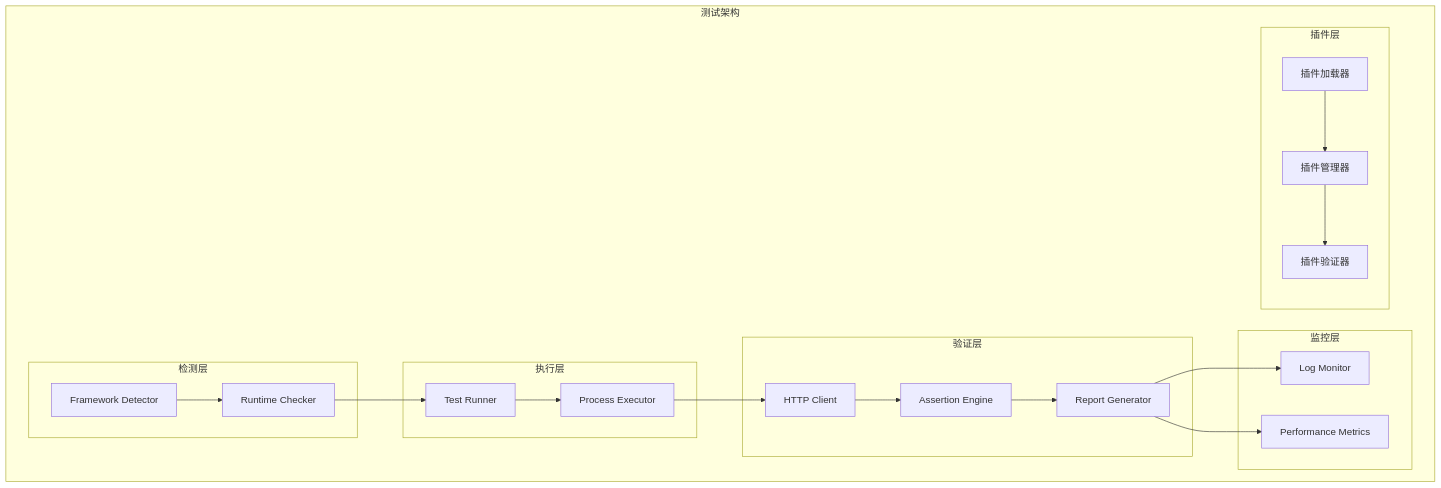
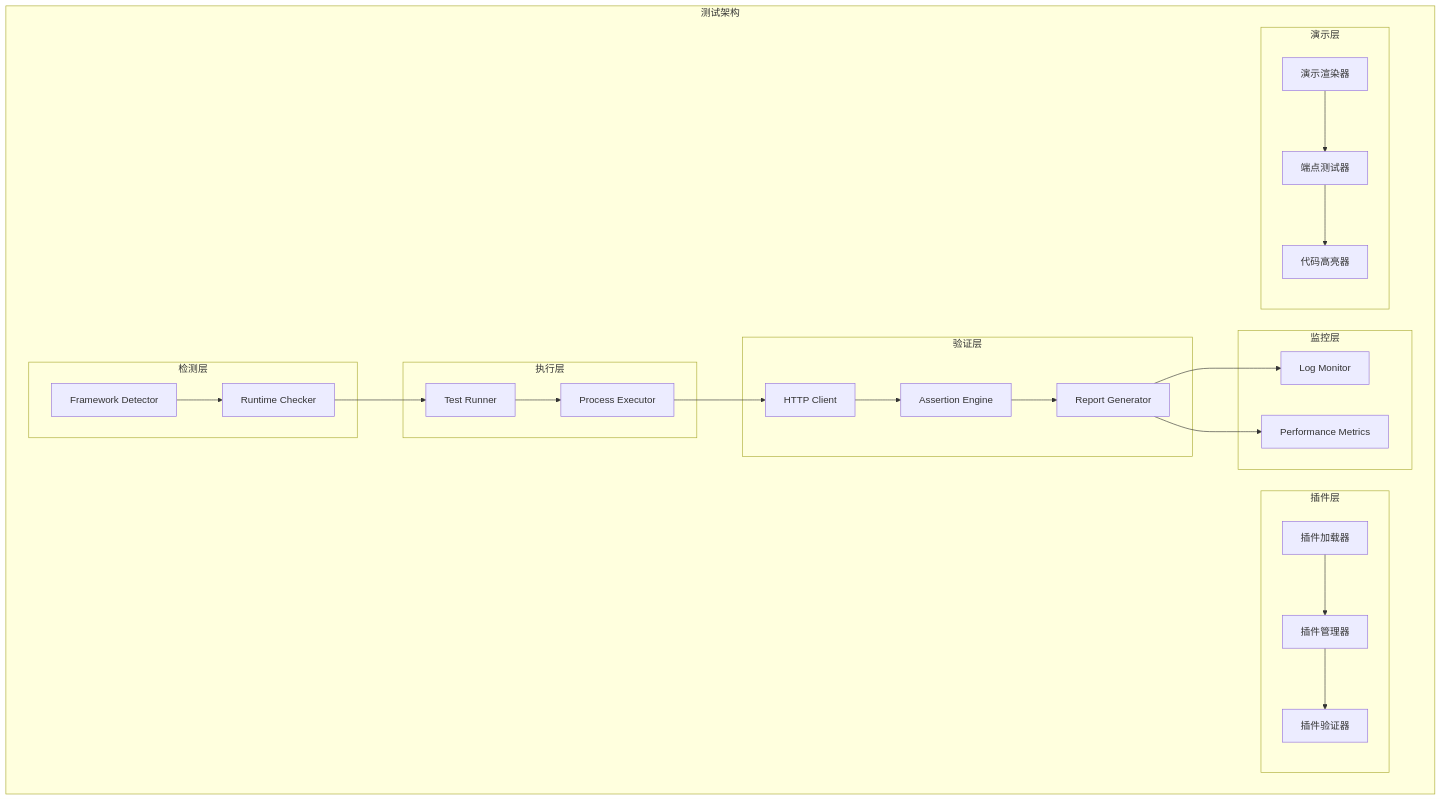
The fifth of 16 diagrams in .qoder/repowiki/zh/content/后端框架测试/Fastify高性能框架测试.md (esa-sp/test-for-aone-ci), drawn with Mermaid before and after one commit. The commit also changed other lines of this file and 39 other files, not shown here.

````diff
--- a/.qoder/repowiki/zh/content/后端框架测试/Fastify高性能框架测试.md
+++ b/.qoder/repowiki/zh/content/后端框架测试/Fastify高性能框架测试.md
@@ -186,37 +235,44 @@
 ```mermaid
 graph TD
 subgraph "测试架构"
 subgraph "检测层"
 Detector[Framework Detector]
 Checker[Runtime Checker]
 end
 subgraph "执行层"
 Runner[Test Runner]
 Executor[Process Executor]
 end
 subgraph "验证层"
 HTTP[HTTP Client]
 Assert[Assertion Engine]
 Reporter[Report Generator]
 end
 subgraph "监控层"
 Logger[Log Monitor]
 Metrics[Performance Metrics]
 end
 subgraph "插件层"
 PluginLoader[插件加载器]
 PluginManager[插件管理器]
 PluginValidator[插件验证器]
 end
+subgraph "演示层"
+DemoRenderer[演示渲染器]
+EndpointTester[端点测试器]
+CodeHighlighter[代码高亮器]
+end
 end
 Detector --> Checker
 Checker --> Runner
 Runner --> Executor
 Executor --> HTTP
 HTTP --> Assert
 Assert --> Reporter
 Reporter --> Logger
 Reporter --> Metrics
 PluginLoader --> PluginManager
 PluginManager --> PluginValidator
+DemoRenderer --> EndpointTester
+EndpointTester --> CodeHighlighter
 ```
````
